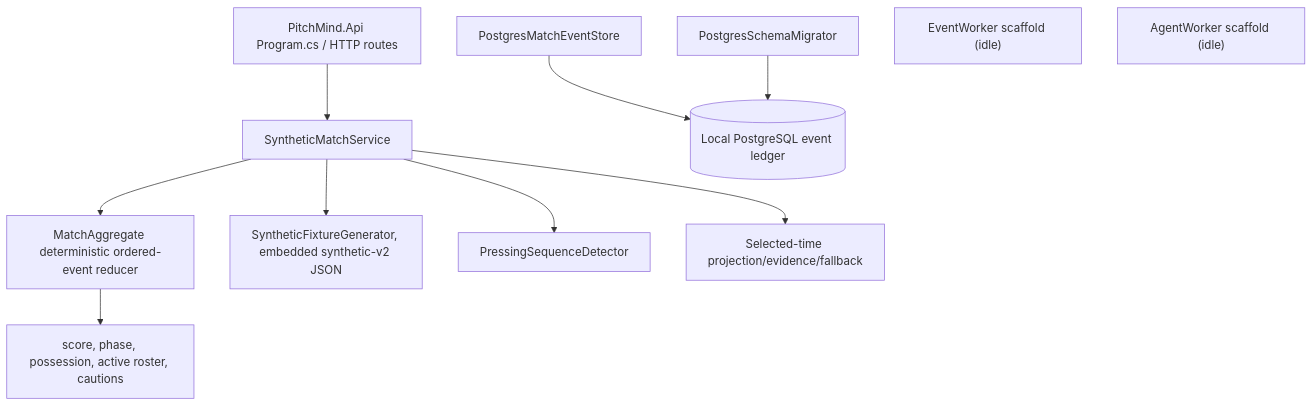
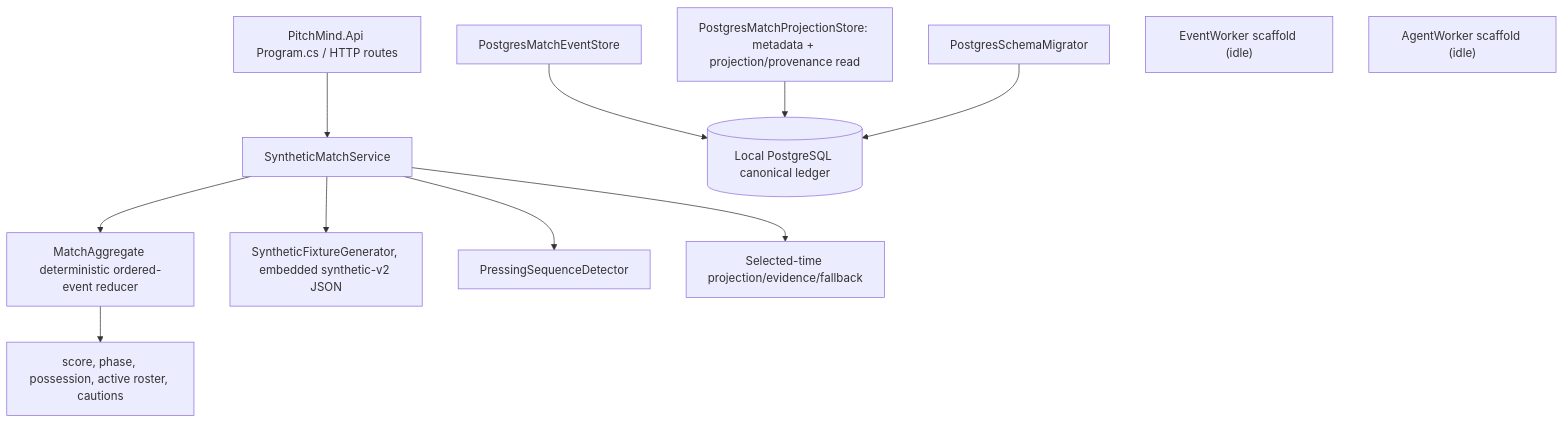
The first of 2 diagrams in docs/architecture/03-components.md (prateekgangopadhyay/PitchMind), drawn with Mermaid before and after one commit. The commit also changed other lines of this file and 5 other files, not shown here.

Commit message:
Persist and read selected-time insight provenance

````diff
--- a/docs/architecture/03-components.md
+++ b/docs/architecture/03-components.md
@@ -9,13 +9,14 @@
 ```mermaid
 flowchart TB
   API["PitchMind.Api Program.cs / HTTP routes"] --> Match["SyntheticMatchService"]
   Match --> Aggregate["MatchAggregate deterministic ordered-event reducer"]
   Aggregate --> State["score, phase, possession, active roster, cautions"]
   Match --> Fixture["SyntheticFixtureGenerator, embedded synthetic-v2 JSON"]
   Match --> Press["PressingSequenceDetector"]
   Match --> Replay["Selected-time projection/evidence/fallback"]
-  Ledger["PostgresMatchEventStore"] --> DB[("Local PostgreSQL event ledger")]
+  Ledger["PostgresMatchEventStore"] --> DB[("Local PostgreSQL canonical ledger")]
+  ProjectionRead["PostgresMatchProjectionStore: metadata + projection/provenance read"] --> DB
   Migrator["PostgresSchemaMigrator"] --> DB
   EventWorker["EventWorker scaffold (idle)"]
   AgentWorker["AgentWorker scaffold (idle)"]
 ```
````
